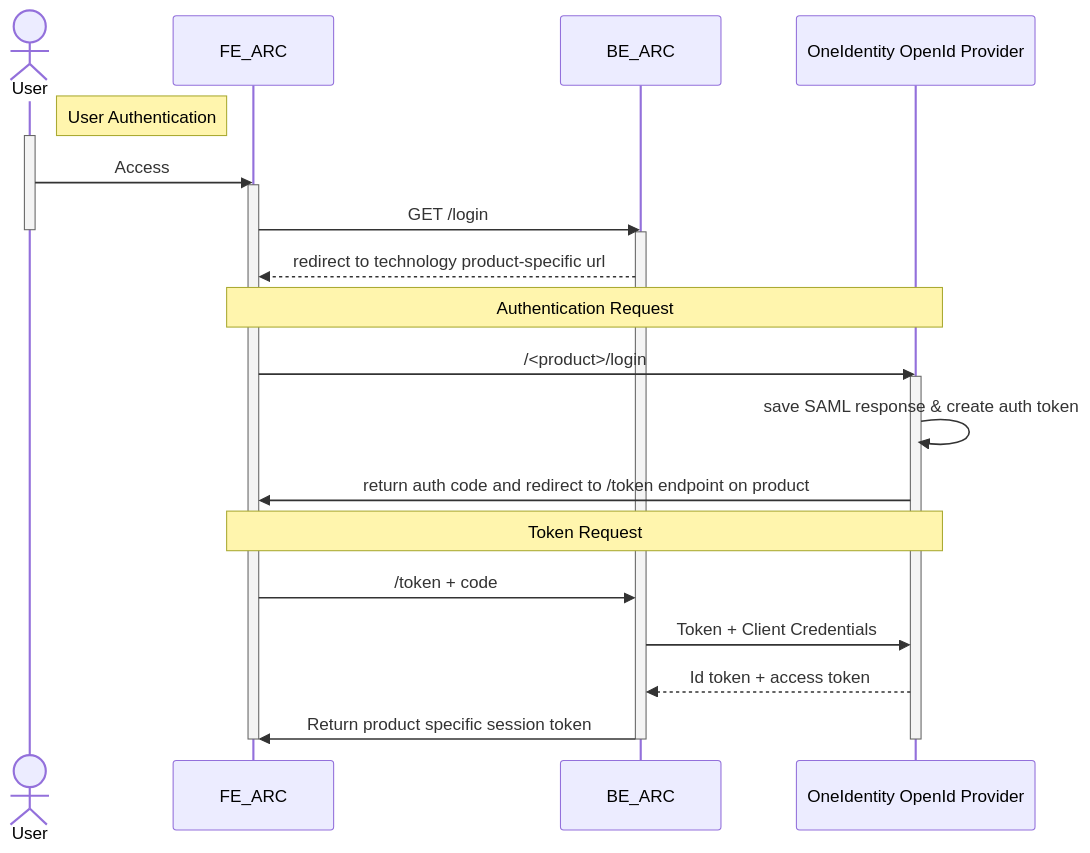
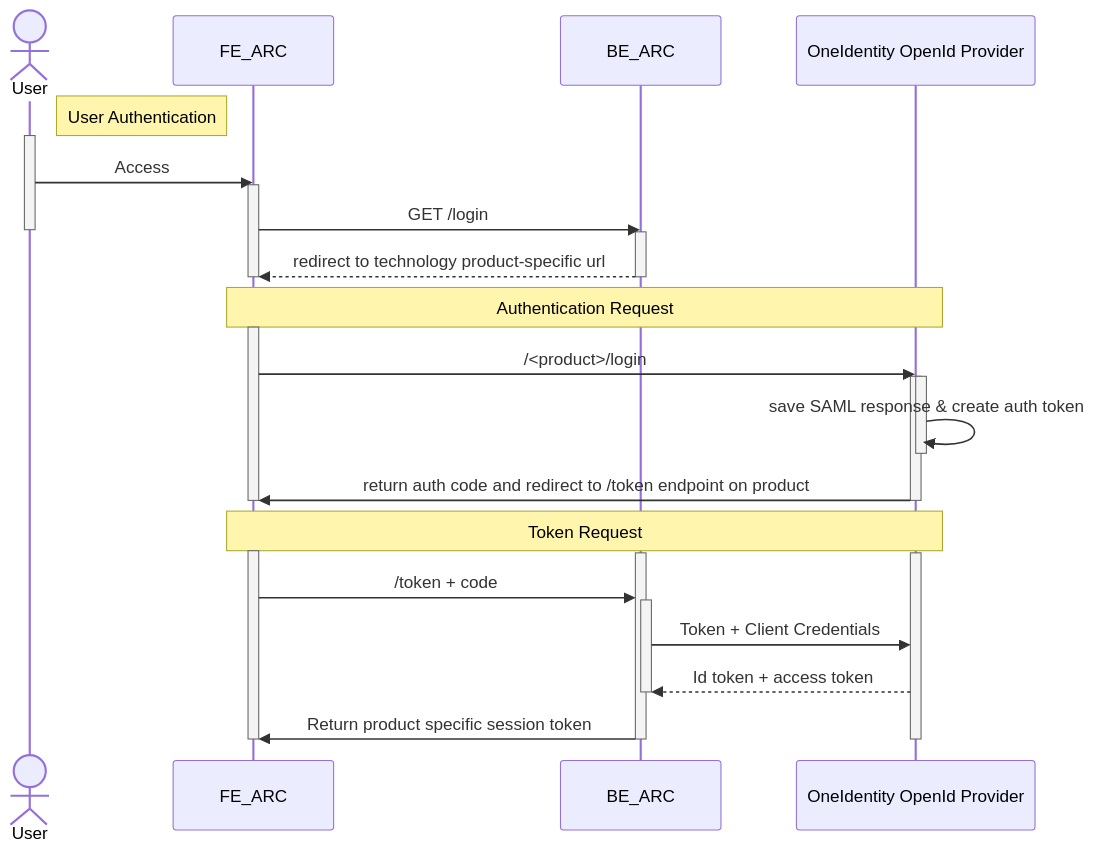
One commit to pagopa/p4pa-doc changed the diagram in design/arc/sequence_diagram_authentication.mmd. Above: the diagram before and after it, drawn with Mermaid.

Commit message:
P4PU-64 updated sequence diagram authentication

```diff
--- a/design/arc/sequence_diagram_authentication.mmd
+++ b/design/arc/sequence_diagram_authentication.mmd
@@ -1,27 +1,39 @@
 sequenceDiagram
 actor User
 participant FE_ARC
 participant BE_ARC
 participant OneIdentity OpenId Provider
 
 note right of User: User Authentication
     activate User
 		User ->> FE_ARC : Access
     activate FE_ARC
         FE_ARC ->> BE_ARC : GET /login
     deactivate User
     activate BE_ARC
         BE_ARC -->> FE_ARC : redirect to technology product-specific url
+    deactivate FE_ARC
+    deactivate BE_ARC
 note over FE_ARC, OneIdentity OpenId Provider: Authentication Request
+    activate FE_ARC
 		FE_ARC ->> OneIdentity OpenId Provider : /<product>/login
     activate OneIdentity OpenId Provider
+    activate OneIdentity OpenId Provider
         OneIdentity OpenId Provider ->> OneIdentity OpenId Provider : save SAML response & create auth token
+    deactivate OneIdentity OpenId Provider
         OneIdentity OpenId Provider ->> FE_ARC : return auth code and redirect to /token endpoint on product
+    deactivate FE_ARC
+    deactivate OneIdentity OpenId Provider
 note over FE_ARC, OneIdentity OpenId Provider: Token Request
+    activate FE_ARC
+    activate BE_ARC
+    activate OneIdentity OpenId Provider
         FE_ARC ->> BE_ARC : /token + code
+    activate BE_ARC
         BE_ARC ->> OneIdentity OpenId Provider : Token + Client Credentials
         OneIdentity OpenId Provider -->> BE_ARC : Id token + access token
+    deactivate BE_ARC
         BE_ARC ->> FE_ARC : Return product specific session token
     deactivate OneIdentity OpenId Provider
     deactivate FE_ARC
     deactivate BE_ARC
```
